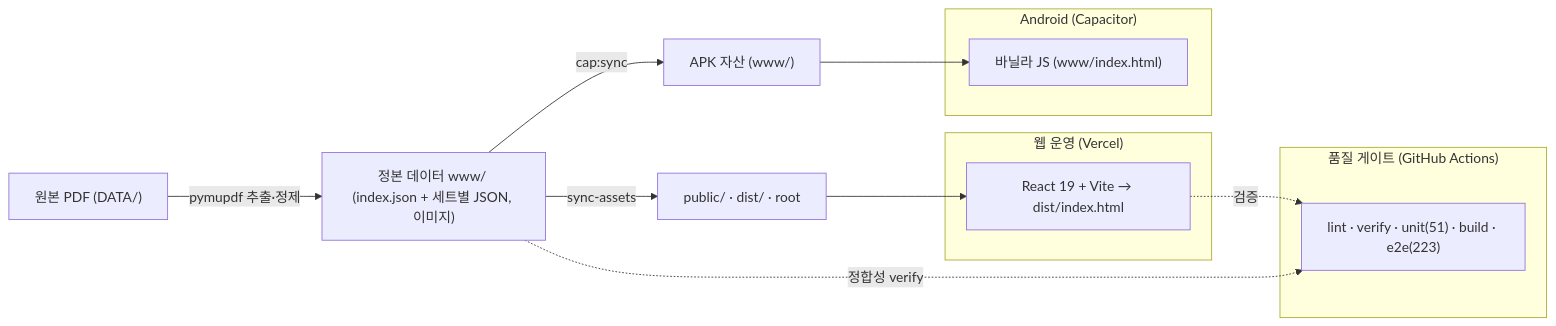
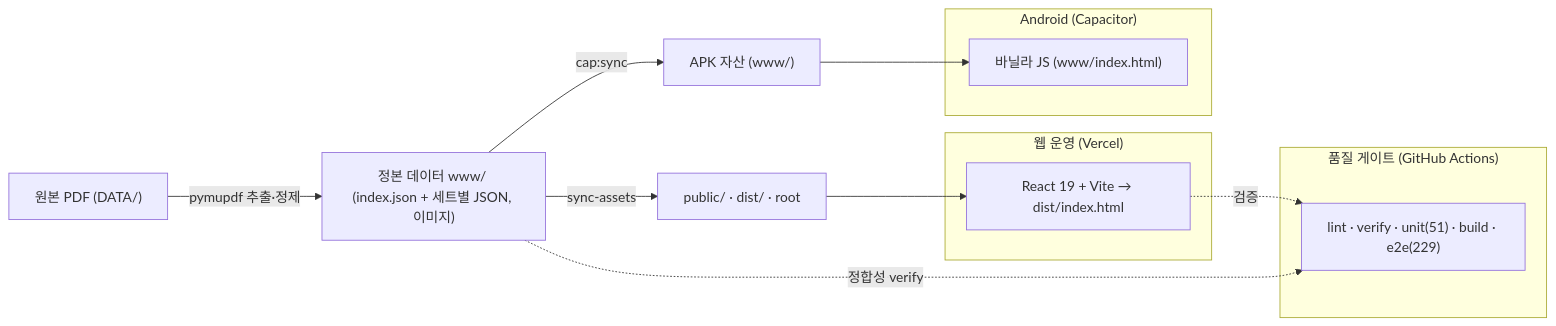
Before and after one commit to WindowHyun/ISTQB: the diagram in README.md, drawn with Mermaid. The commit also changed other lines of this file and 6 other files, not shown here.

````diff
--- a/README.md
+++ b/README.md
@@ -163,21 +163,21 @@
 ```mermaid
 flowchart LR
   PDF["원본 PDF (DATA/)"] -->|pymupdf 추출·정제| SRC["정본 데이터 www/ (index.json + 세트별 JSON, 이미지)"]
   SRC -->|sync-assets| PUB["public/ · dist/ · root"]
   SRC -->|cap:sync| WWW["APK 자산 (www/)"]
 
   subgraph 웹_운영["웹 운영 (Vercel)"]
     REACT["React 19 + Vite → dist/index.html"]
   end
   subgraph APK["Android (Capacitor)"]
     VANILLA["바닐라 JS (www/index.html)"]
   end
   PUB --> REACT
   WWW --> VANILLA
 
   subgraph 품질["품질 게이트 (GitHub Actions)"]
-    CI["lint · verify · unit(51) · build · e2e(223)"]
+    CI["lint · verify · unit(51) · build · e2e(229)"]
   end
   REACT -.검증.-> CI
   SRC -.정합성 verify.-> CI
 ```
````
